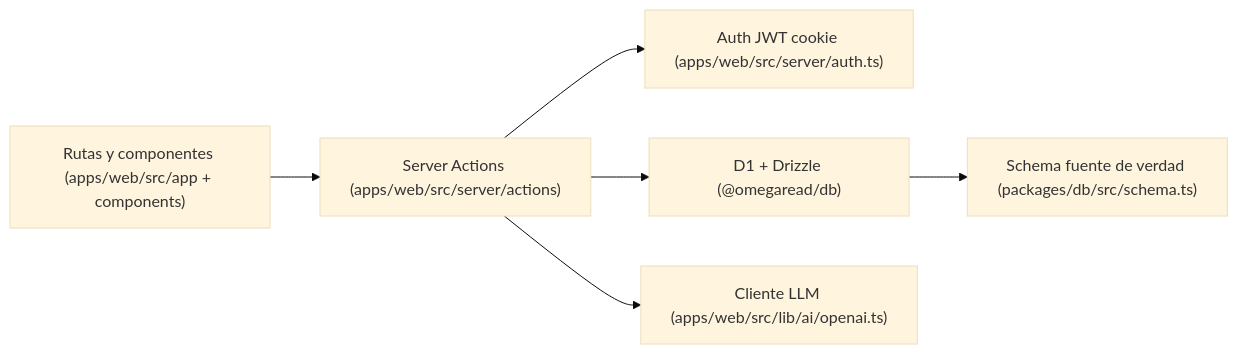
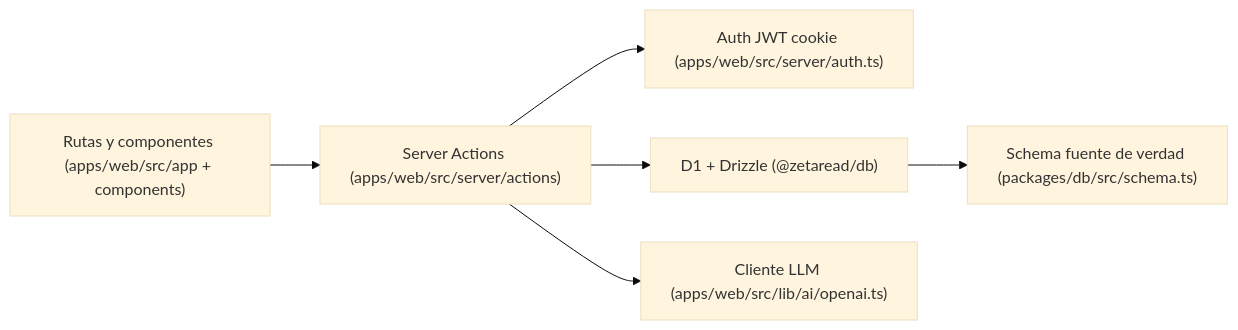
One commit to DjinnFoundry/omegaread changed the diagram in AGENTS.md. Above: the diagram before and after it, drawn with Mermaid (base theme). The commit also changed other lines of this file and 91 other files, not shown here.

````diff
--- a/AGENTS.md
+++ b/AGENTS.md
@@ -37,8 +37,8 @@
 ```mermaid
 flowchart LR
   UI["Rutas y componentes (apps/web/src/app + components)"] --> Actions["Server Actions (apps/web/src/server/actions)"]
   Actions --> Auth["Auth JWT cookie (apps/web/src/server/auth.ts)"]
-  Actions --> DB["D1 + Drizzle (@omegaread/db)"]
+  Actions --> DB["D1 + Drizzle (@zetaread/db)"]
   Actions --> LLM["Cliente LLM (apps/web/src/lib/ai/openai.ts)"]
   DB --> Schema["Schema fuente de verdad (packages/db/src/schema.ts)"]
 ```
````
